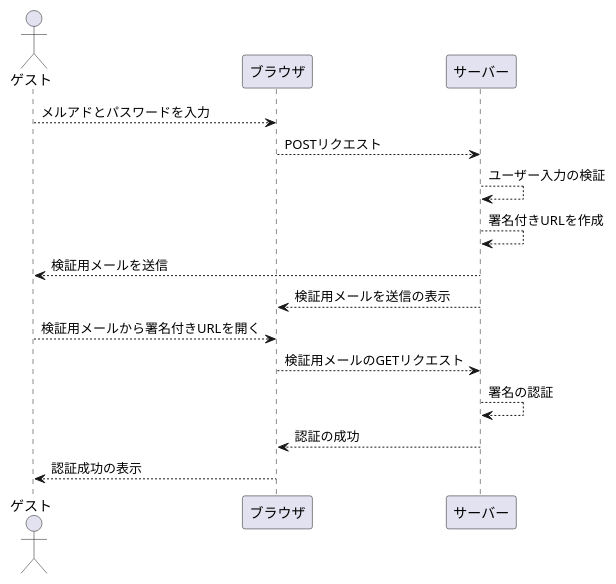
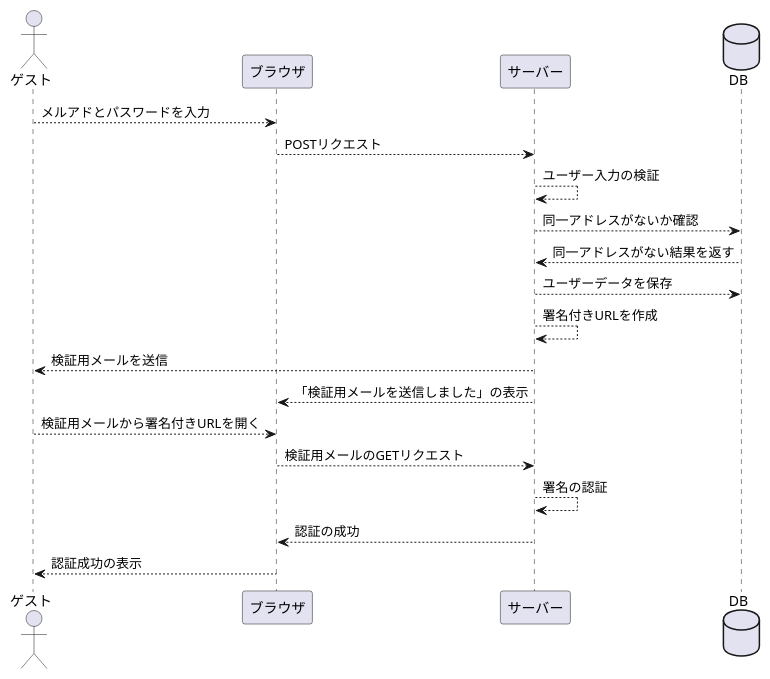
The diagram in diagrams/sequences/register.pu (AkinoJoey/SocialNetworkingService), drawn with PlantUML before and after one commit. The commit also changed 13 other files, not shown here.

```diff
--- a/diagrams/sequences/register.pu
+++ b/diagrams/sequences/register.pu
@@ -1,20 +1,24 @@
 @startuml register
 
 actor ゲスト as g
 participant ブラウザ as b
 participant サーバー as s
+database DB as d
 
 g --> b: メルアドとパスワードを入力
 b --> s: POSTリクエスト
 s --> s: ユーザー入力の検証
+s --> d: 同一アドレスがないか確認
+d --> s: 同一アドレスがない結果を返す
+s --> d: ユーザーデータを保存
 s --> s: 署名付きURLを作成
 s --> g: 検証用メールを送信
-s --> b: 検証用メールを送信の表示
+s --> b: 「検証用メールを送信しました」の表示
 g --> b: 検証用メールから署名付きURLを開く
 b --> s: 検証用メールのGETリクエスト
 s --> s: 署名の認証
 s --> b: 認証の成功
 b --> g: 認証成功の表示
 
 
 @enduml
```
